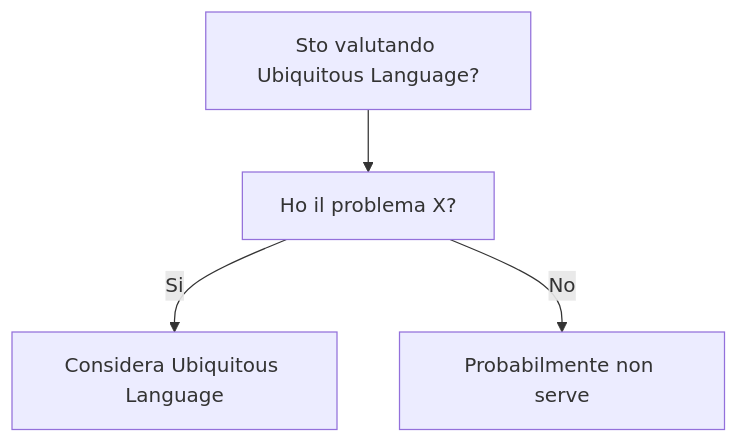
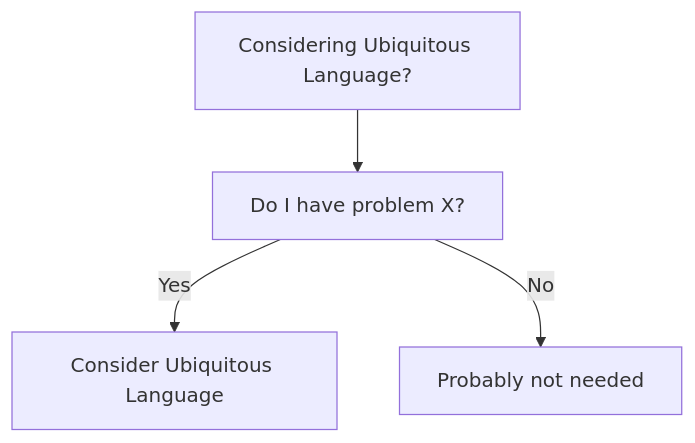
One commit to HxT9/Software-Dev-Wiki changed the diagram in dev-wiki/20_DDD/Ubiquitous_Language/When_To_Use.md. Above: the diagram before and after it, drawn with Mermaid. The commit also changed other lines of this file and 3444 other files, not shown here.

````diff
--- a/dev-wiki/20_DDD/Ubiquitous_Language/When_To_Use.md
+++ b/dev-wiki/20_DDD/Ubiquitous_Language/When_To_Use.md
@@ -19,6 +19,6 @@
 ```mermaid
 flowchart TD
-  Q[Sto valutando Ubiquitous Language?] --> Q1[Ho il problema X?]
-  Q1 -->|Si| OK[Considera Ubiquitous Language]
-  Q1 -->|No| NO[Probabilmente non serve]
+  Q[Considering Ubiquitous Language?] --> Q1[Do I have problem X?]
+  Q1 -->|Yes| OK[Consider Ubiquitous Language]
+  Q1 -->|No| NO[Probably not needed]
 ```
````
